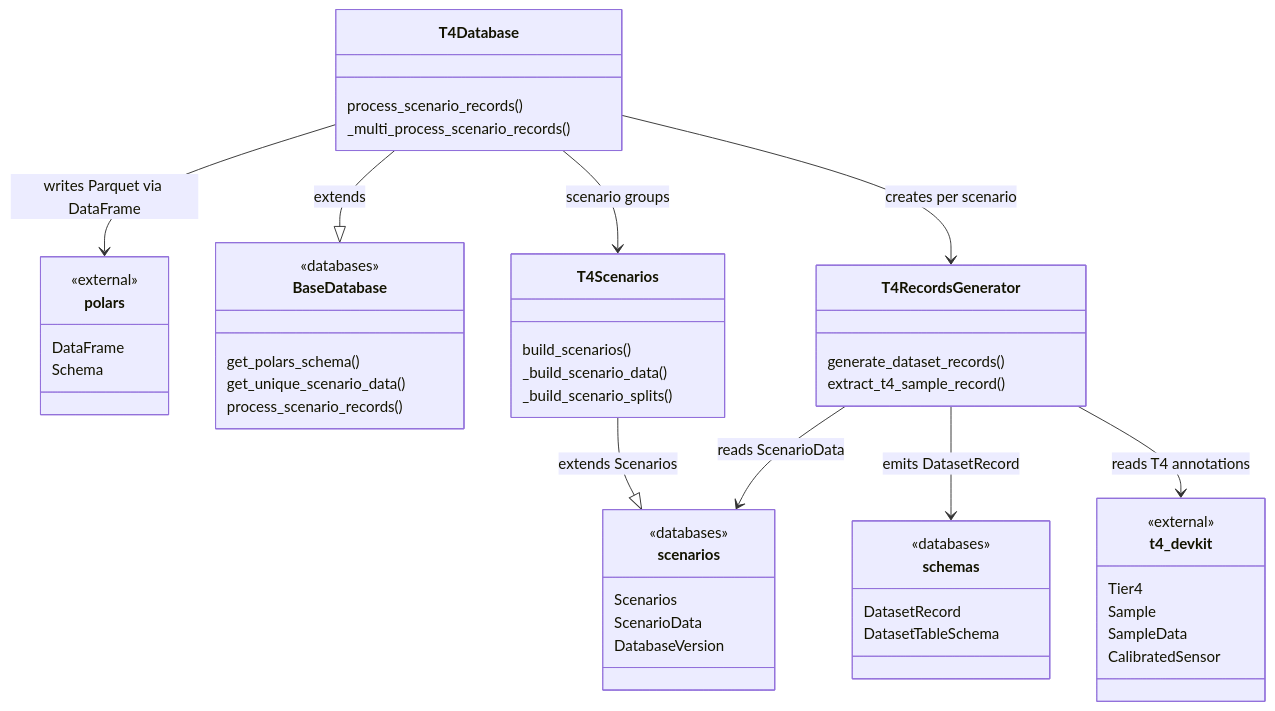
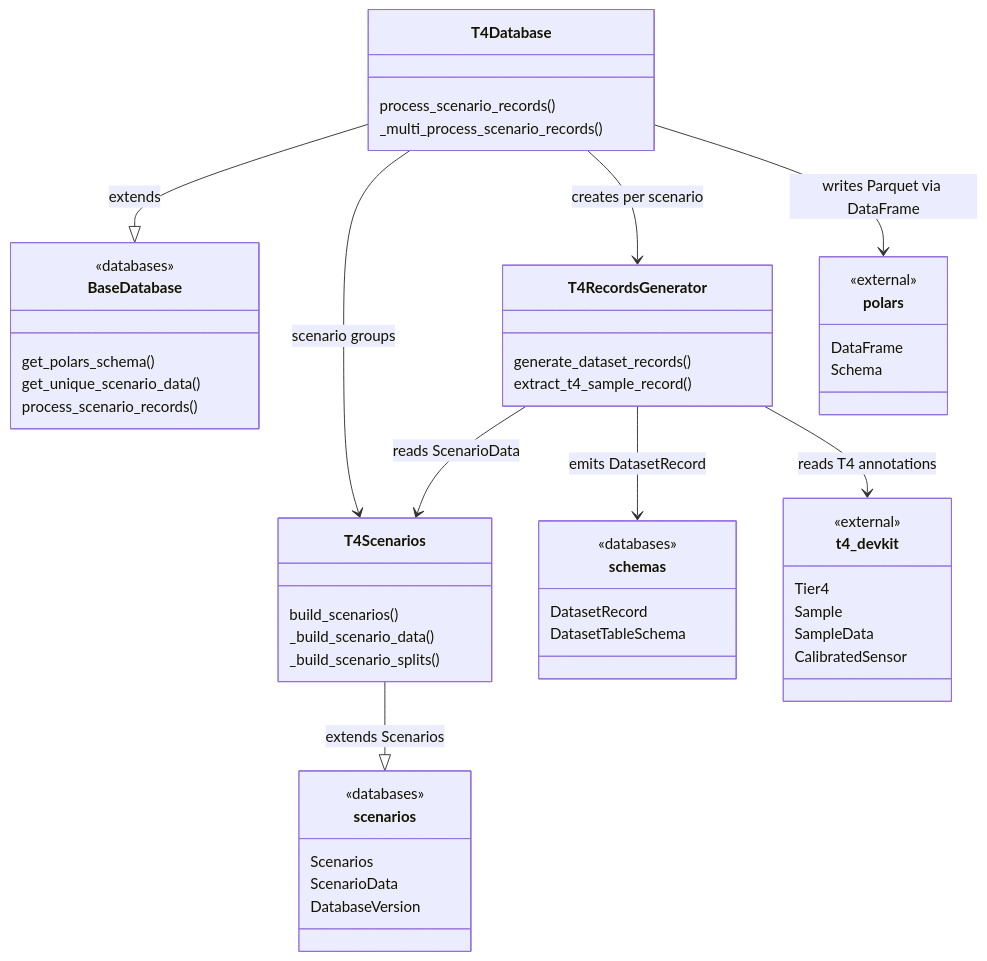
One commit to tier4/autoware-ml changed the diagram in autoware_ml/databases/t4datasets/README.md. Above: the diagram before and after it, drawn with Mermaid.

````diff
--- a/autoware_ml/databases/t4datasets/README.md
+++ b/autoware_ml/databases/t4datasets/README.md
@@ -13,65 +13,65 @@
 ```mermaid
 classDiagram
     direction TB
 
     class polars {
         <<external>>
         DataFrame
         Schema
     }
 
     class t4_devkit {
         <<external>>
         Tier4
         Sample
         SampleData
         CalibratedSensor
     }
 
     class scenarios {
         <<databases>>
         Scenarios
         ScenarioData
         DatabaseVersion
     }
 
     class schemas {
         <<databases>>
         DatasetRecord
         DatasetTableSchema
     }
 
     class BaseDatabase {
         <<databases>>
         get_polars_schema()
         get_unique_scenario_data()
         process_scenario_records()
     }
 
     class T4Scenarios {
         build_scenarios()
         _build_scenario_data()
         _build_scenario_splits()
     }
 
     class T4RecordsGenerator {
         generate_dataset_records()
         extract_t4_sample_record()
     }
 
     class T4Database {
         process_scenario_records()
         _multi_process_scenario_records()
     }
 
     T4Scenarios --|> scenarios : extends Scenarios
 
     T4Database --|> BaseDatabase : extends
     T4Database --> T4Scenarios : scenario groups
     T4Database --> T4RecordsGenerator : creates per scenario
     T4Database --> polars : writes Parquet via DataFrame
 
-    T4RecordsGenerator --> scenarios : reads ScenarioData
+    T4RecordsGenerator --> T4Scenarios : reads ScenarioData
     T4RecordsGenerator --> schemas : emits DatasetRecord
     T4RecordsGenerator --> t4_devkit : reads T4 annotations
 ```
````
